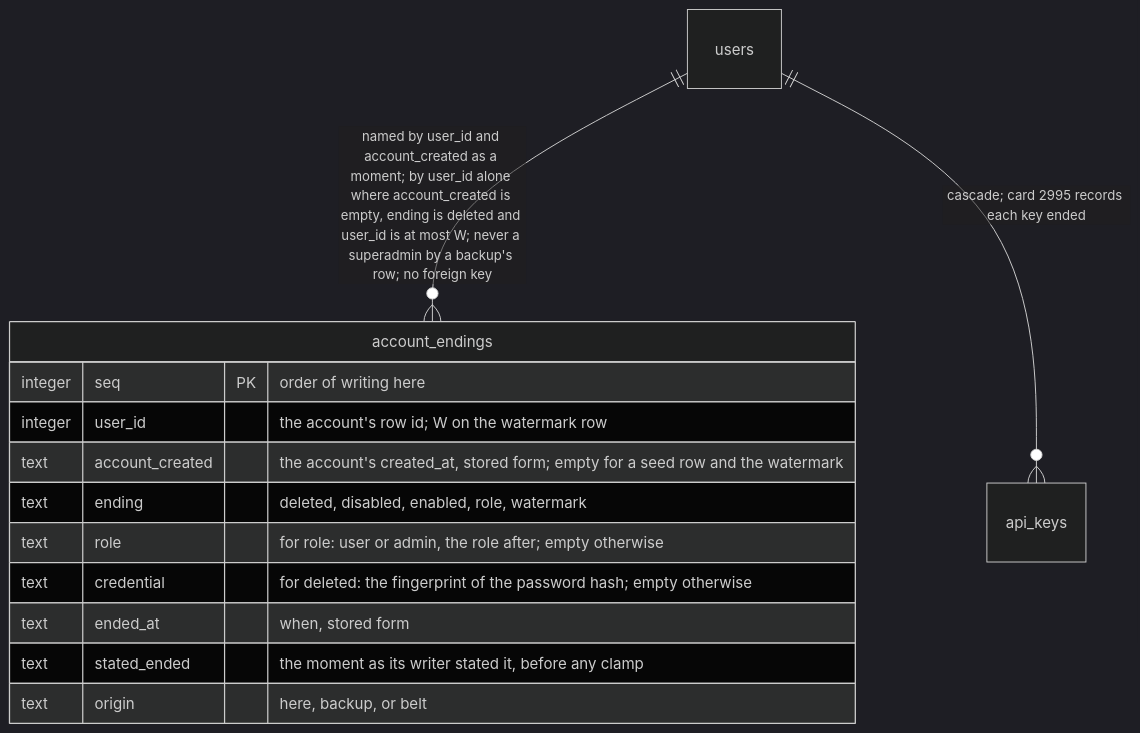
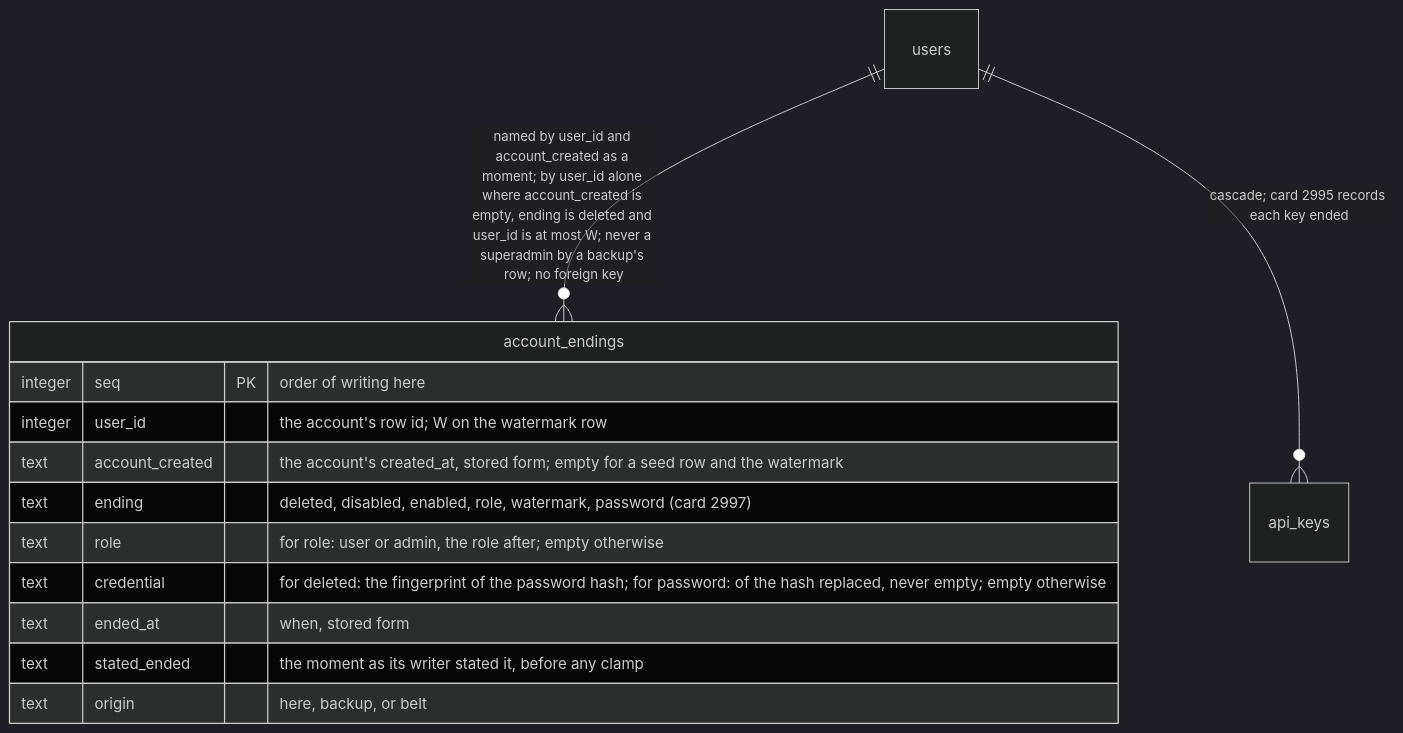
Diagram 22 of 49 in docs/data-model.md (gitBoon/DumpFire), drawn with Mermaid (dark theme) before and after one commit. The commit also changed other lines of this file and 38 other files, not shown here.

````diff
--- a/docs/data-model.md
+++ b/docs/data-model.md
@@ -1804,16 +1807,16 @@
 ```mermaid
 erDiagram
     users ||--o{ account_endings : "named by user_id and account_created as a moment; by user_id alone where account_created is empty, ending is deleted and user_id is at most W; never a superadmin by a backup's row; no foreign key"
     users ||--o{ api_keys : "cascade; card 2995 records each key ended"
     account_endings {
         integer seq PK "order of writing here"
         integer user_id "the account's row id; W on the watermark row"
         text account_created "the account's created_at, stored form; empty for a seed row and the watermark"
-        text ending "deleted, disabled, enabled, role, watermark"
+        text ending "deleted, disabled, enabled, role, watermark, password (card 2997)"
         text role "for role: user or admin, the role after; empty otherwise"
-        text credential "for deleted: the fingerprint of the password hash; empty otherwise"
+        text credential "for deleted: the fingerprint of the password hash; for password: of the hash replaced, never empty; empty otherwise"
         text ended_at "when, stored form"
         text stated_ended "the moment as its writer stated it, before any clamp"
         text origin "here, backup, or belt"
     }
 ```
````
